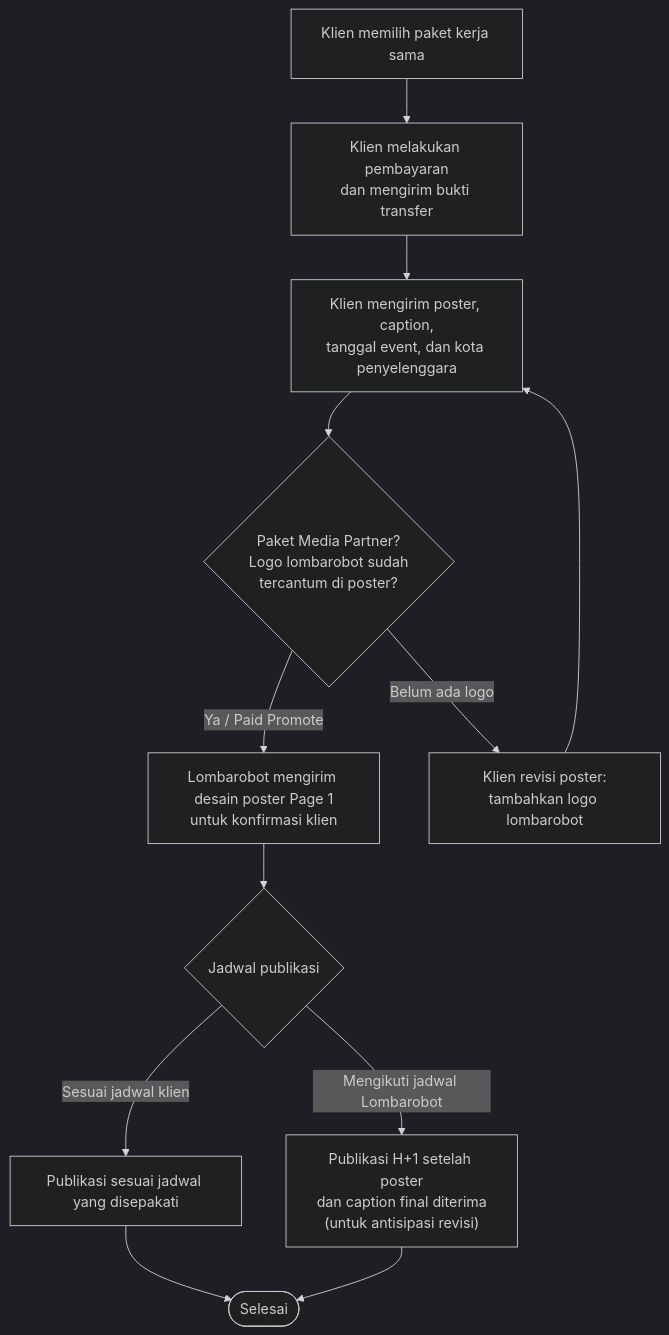
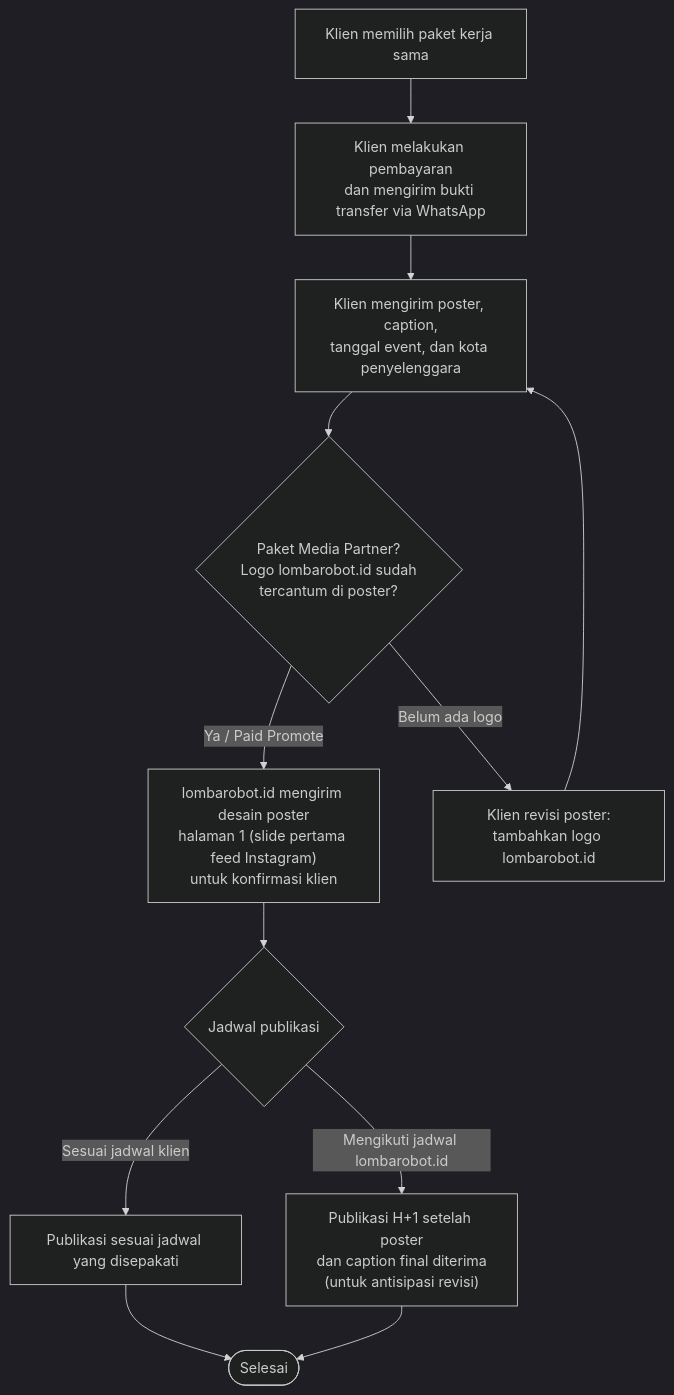
One commit to lombarobot/connect changed the diagram in readme.md. Above: the diagram before and after it, drawn with Mermaid (dark theme). The commit also changed other lines of this file and 5 other files, not shown here.

````diff
--- a/readme.md
+++ b/readme.md
@@ -83,15 +92,15 @@
 ```mermaid
 flowchart TD
     B["Klien memilih paket kerja sama"]
-    B --> C["Klien melakukan pembayaran<br/>dan mengirim bukti transfer"]
+    B --> C["Klien melakukan pembayaran<br/>dan mengirim bukti transfer via WhatsApp"]
     C --> D["Klien mengirim poster, caption,<br/>tanggal event, dan kota penyelenggara"]
-    D --> CHECK{"Paket Media Partner?<br/>Logo lombarobot sudah<br/>tercantum di poster?"}
-    CHECK -->|"Ya / Paid Promote"| D2["Lombarobot mengirim desain poster Page 1<br/>untuk konfirmasi klien"]
-    CHECK -->|"Belum ada logo"| REVISI["Klien revisi poster:<br/>tambahkan logo lombarobot"]
+    D --> CHECK{"Paket Media Partner?<br/>Logo lombarobot.id sudah<br/>tercantum di poster?"}
+    CHECK -->|"Ya / Paid Promote"| D2["lombarobot.id mengirim desain poster<br/>halaman 1 (slide pertama feed Instagram)<br/>untuk konfirmasi klien"]
+    CHECK -->|"Belum ada logo"| REVISI["Klien revisi poster:<br/>tambahkan logo lombarobot.id"]
     REVISI --> D
     D2 --> E{"Jadwal publikasi"}
     E -->|"Sesuai jadwal klien"| F["Publikasi sesuai jadwal yang disepakati"]
-    E -->|"Mengikuti jadwal Lombarobot"| G["Publikasi H+1 setelah poster<br/>dan caption final diterima<br/>(untuk antisipasi revisi)"]
+    E -->|"Mengikuti jadwal lombarobot.id"| G["Publikasi H+1 setelah poster<br/>dan caption final diterima<br/>(untuk antisipasi revisi)"]
     F --> H(["Selesai"])
     G --> H
 ```
````
